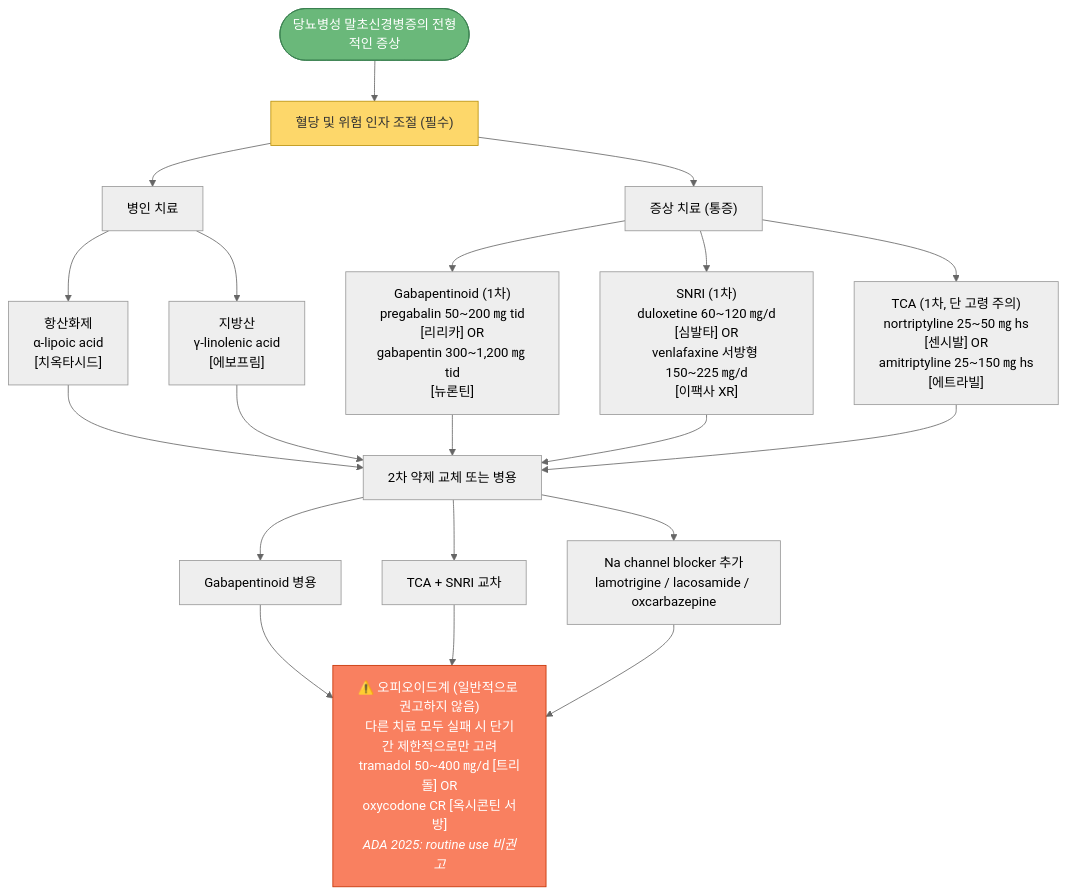
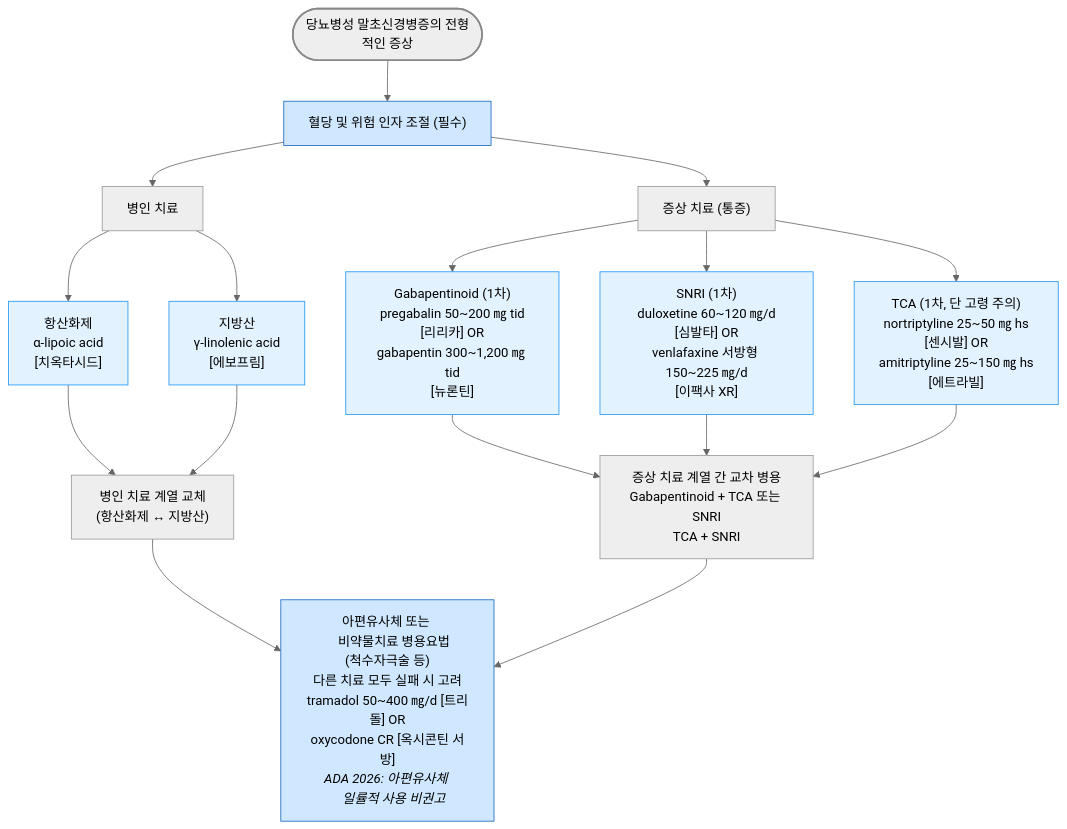
One commit to familyoh77/familyoh77 changed the second of 2 diagrams in 226_/102_-complications-of-diabetes.md. Above: the diagram before and after it, drawn with Mermaid (neutral theme). The commit also changed other lines of this file and 1 other file, not shown here.

Commit message:
GITBOOK-1175: No subject

````diff
--- a/226_/102_-complications-of-diabetes.md
+++ b/226_/102_-complications-of-diabetes.md
@@ -385,35 +385,28 @@
 ```mermaid
 graph TD
     Start(["당뇨병성 말초신경병증의 전형적인 증상"])
     Start --> Ctrl["혈당 및 위험 인자 조절 (필수)"]
-
     Ctrl --> Path["병인 치료"]
     Ctrl --> Sym["증상 치료 (통증)"]
-
     Path --> PA1["항산화제<br/>α-lipoic acid<br/>[치옥타시드]"]
     Path --> PA2["지방산<br/>γ-linolenic acid<br/>[에보프림]"]
-
     Sym --> SB1["Gabapentinoid (1차)<br/>pregabalin 50~200 ㎎ tid<br/>[리리카] OR<br/>gabapentin 300~1,200 ㎎ tid<br/>[뉴론틴]"]
     Sym --> SB2["SNRI (1차)<br/>duloxetine 60~120 ㎎/d<br/>[심발타] OR<br/>venlafaxine 서방형 150~225 ㎎/d<br/>[이팩사 XR]"]
     Sym --> SB3["TCA (1차, 단 고령 주의)<br/>nortriptyline 25~50 ㎎ hs<br/>[센시발] OR<br/>amitriptyline 25~150 ㎎ hs<br/>[에트라빌]"]
+    PA1 --> 2ndP["병인 치료 계열 교체<br/>(항산화제 ↔ 지방산)"]
+    PA2 --> 2ndP
+    SB1 --> 2ndS["증상 치료 계열 간 교차 병용<br/>Gabapentinoid + TCA 또는 SNRI<br/>TCA + SNRI"]
+    SB2 --> 2ndS
+    SB3 --> 2ndS
+    2ndP --> 3rd
+    2ndS --> 3rd
+    3rd["아편유사체 또는 
+    비약물치료 병용요법<br/>(척수자극술 등)<br/>다른 치료 모두 실패 시 고려<br/>tramadol 50~400 ㎎/d [트리돌] OR<br/>oxycodone CR [옥시콘틴 서방]<br/><i>ADA 2026: 아편유사체 
+    일률적 사용 비권고</i>"]
 
-    PA1 --> 2nd["2차 약제 교체 또는 병용"]
-    PA2 --> 2nd
-    SB1 --> 2nd
-    SB2 --> 2nd
-    SB3 --> 2nd
-
-    2nd --> 2ndA["Gabapentinoid 병용"]
-    2nd --> 2ndB["TCA + SNRI 교차"]
-    2nd --> 2ndC["Na channel blocker 추가<br/>lamotrigine / lacosamide / oxcarbazepine"]
-
-    2ndA --> 3rd
-    2ndB --> 3rd
-    2ndC --> 3rd
-
-    3rd["⚠️ 오피오이드계 (일반적으로 권고하지 않음)<br/>다른 치료 모두 실패 시 단기간 제한적으로만 고려<br/>tramadol 50~400 ㎎/d [트리돌] OR<br/>oxycodone CR [옥시콘틴 서방]<br/><i>ADA 2025: routine use 비권고</i>"]
-
-    style Start fill:#6ab87a,stroke:#3a8050,color:#fff
-    style Ctrl fill:#fdd76a,stroke:#b9900a,color:#333
-    style 3rd fill:#f98060,stroke:#c53000,color:#fff
+style Start fill:#eeeeee,stroke:#888888,stroke-width:2px
+classDef sky fill:#e3f2ff,stroke:#2196f3
+class PA1,PA2,SB1,SB2,SB3 sky
+classDef blue fill:#d0e8ff,stroke:#1a6abf
+class Ctrl,3rd blue
 ```
````
